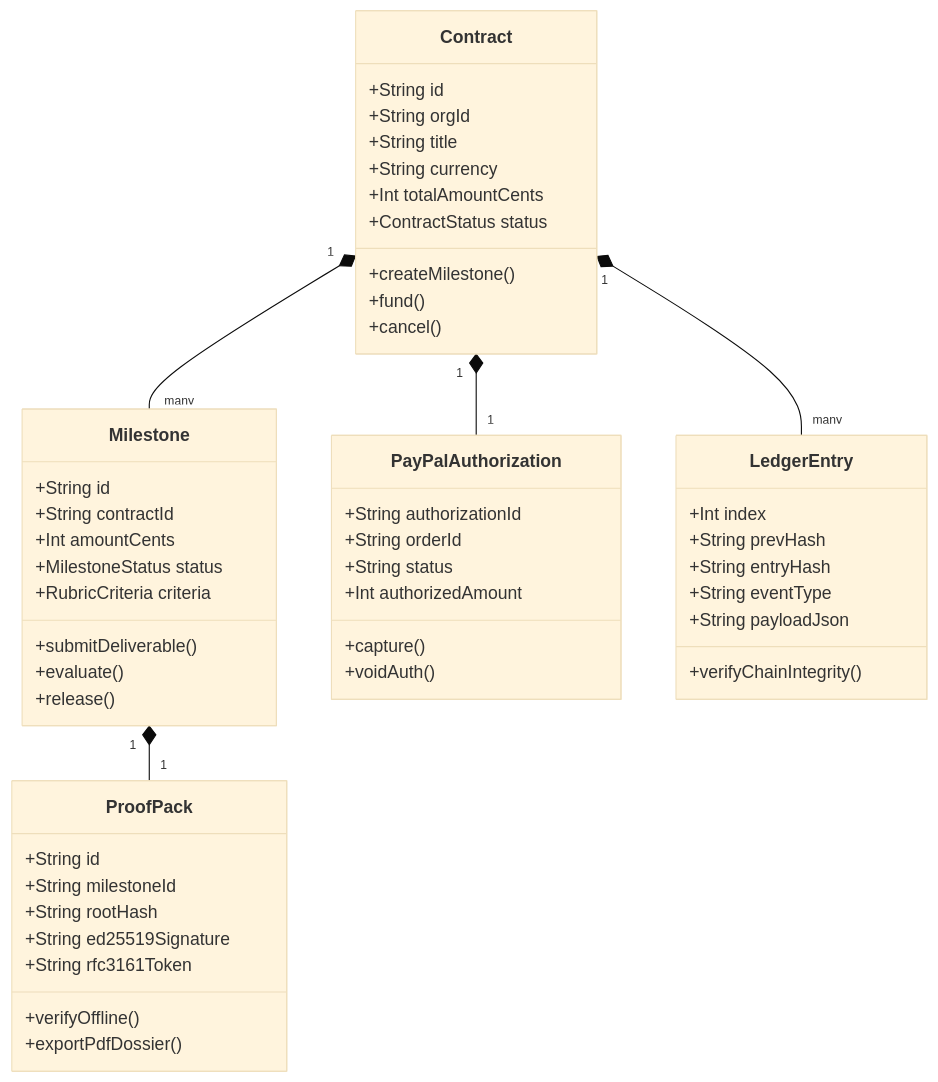
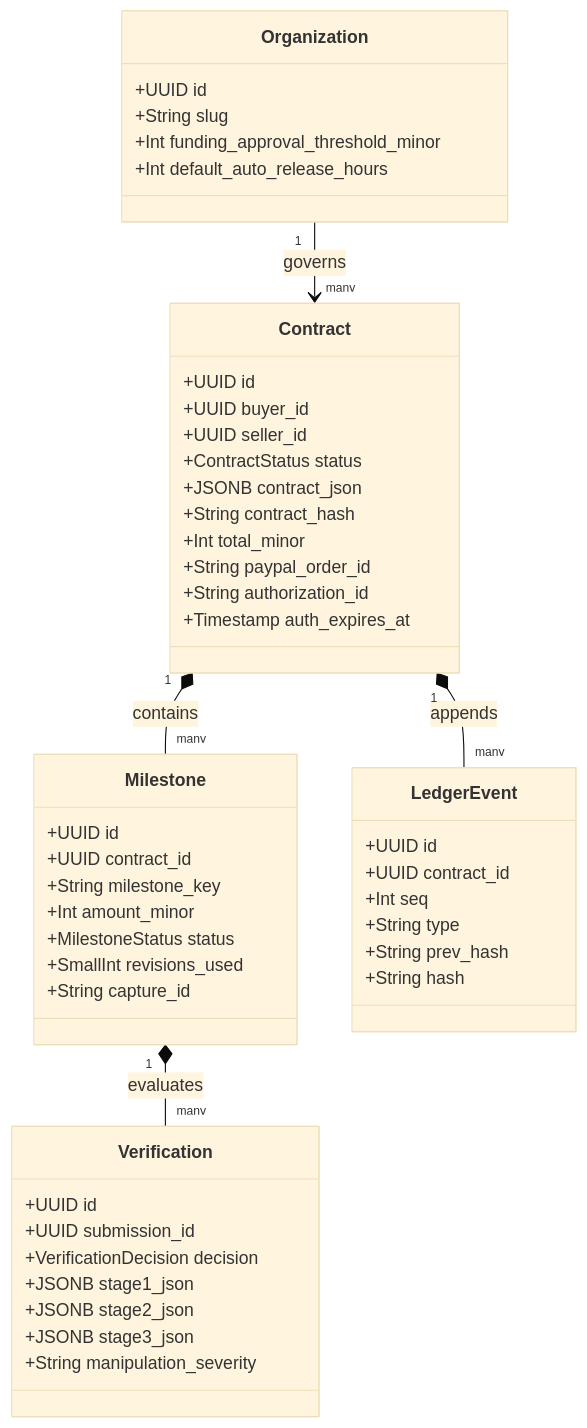
Before and after one commit to Monolithic-Dev/ProofPay: the third of 3 diagrams in README.md, drawn with Mermaid (base theme). The commit also changed other lines of this file and 9 other files, not shown here.

Commit message:
docs: rewrite README with verified architecture and refresh banner and UI screenshots

````diff
--- a/README.md
+++ b/README.md
@@ -192,58 +195,56 @@
 ```mermaid
 classDiagram
+    class Organization {
+        +UUID id
+        +String slug
+        +Int funding_approval_threshold_minor
+        +Int default_auto_release_hours
+    }
+
     class Contract {
-        +String id
-        +String orgId
-        +String title
-        +String currency
-        +Int totalAmountCents
+        +UUID id
+        +UUID buyer_id
+        +UUID seller_id
         +ContractStatus status
-        +createMilestone()
-        +fund()
-        +cancel()
+        +JSONB contract_json
+        +String contract_hash
+        +Int total_minor
+        +String paypal_order_id
+        +String authorization_id
+        +Timestamp auth_expires_at
     }
 
     class Milestone {
-        +String id
-        +String contractId
-        +Int amountCents
+        +UUID id
+        +UUID contract_id
+        +String milestone_key
+        +Int amount_minor
         +MilestoneStatus status
-        +RubricCriteria criteria
-        +submitDeliverable()
-        +evaluate()
-        +release()
+        +SmallInt revisions_used
+        +String capture_id
     }
 
-    class ProofPack {
-        +String id
-        +String milestoneId
-        +String rootHash
-        +String ed25519Signature
-        +String rfc3161Token
-        +verifyOffline()
-        +exportPdfDossier()
+    class Verification {
+        +UUID id
+        +UUID submission_id
+        +VerificationDecision decision
+        +JSONB stage1_json
+        +JSONB stage2_json
+        +JSONB stage3_json
+        +String manipulation_severity
     }
 
-    class PayPalAuthorization {
-        +String authorizationId
-        +String orderId
-        +String status
-        +Int authorizedAmount
-        +capture()
-        +voidAuth()
+    class LedgerEvent {
+        +UUID id
+        +UUID contract_id
+        +Int seq
+        +String type
+        +String prev_hash
+        +String hash
     }
 
-    class LedgerEntry {
-        +Int index
-        +String prevHash
-        +String entryHash
-        +String eventType
-        +String payloadJson
-        +verifyChainIntegrity()
-    }
-
-    Contract "1" *-- "many" Milestone
-    Milestone "1" *-- "1" ProofPack
-    Contract "1" *-- "1" PayPalAuthorization
-    Contract "1" *-- "many" LedgerEntry
+    Organization "1" --> "many" Contract : governs
+    Contract "1" *-- "many" Milestone : contains
+    Milestone "1" *-- "many" Verification : evaluates
+    Contract "1" *-- "many" LedgerEvent : appends
 ```
````
